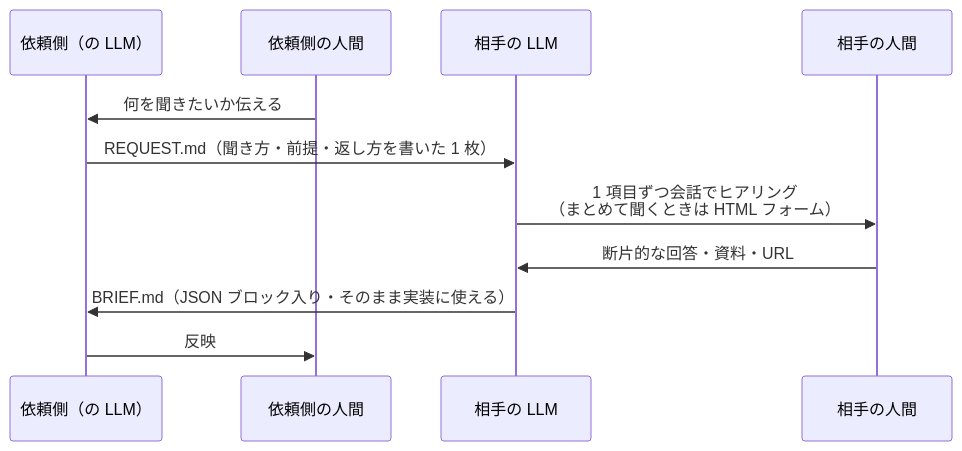
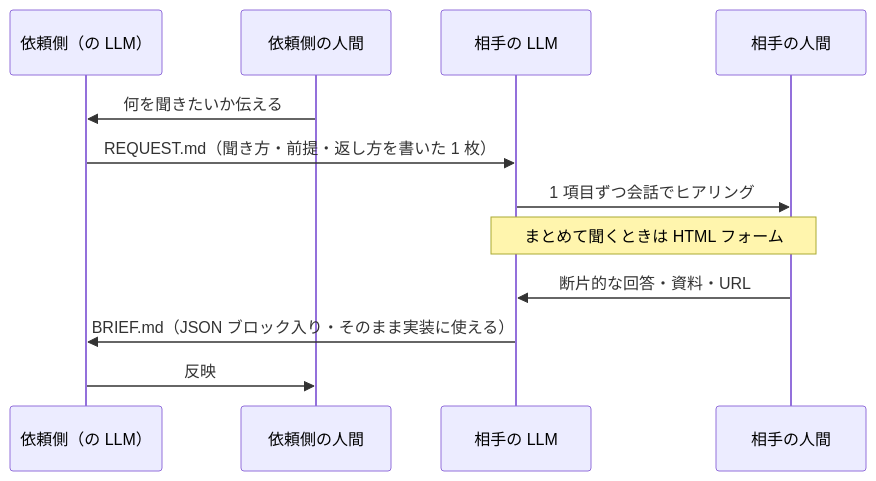
One commit to kanketsu-jp/ai-handoff changed the diagram in README.md. Above: the diagram before and after it, drawn with Mermaid. The commit also changed 1 other file, not shown here.

Commit message:
mermaid の <br/> を外して Note に分ける

````diff
--- a/README.md
+++ b/README.md
@@ -11,13 +11,14 @@
 ```mermaid
 sequenceDiagram
     participant A as 依頼側（の LLM）
     participant H as 依頼側の人間
     participant C as 相手の LLM
     participant P as 相手の人間
     H->>A: 何を聞きたいか伝える
     A->>C: REQUEST.md（聞き方・前提・返し方を書いた 1 枚）
-    C->>P: 1 項目ずつ会話でヒアリング<br/>（まとめて聞くときは HTML フォーム）
+    C->>P: 1 項目ずつ会話でヒアリング
+    Note over C,P: まとめて聞くときは HTML フォーム
     P->>C: 断片的な回答・資料・URL
     C->>A: BRIEF.md（JSON ブロック入り・そのまま実装に使える）
     A->>H: 反映
 ```
````
